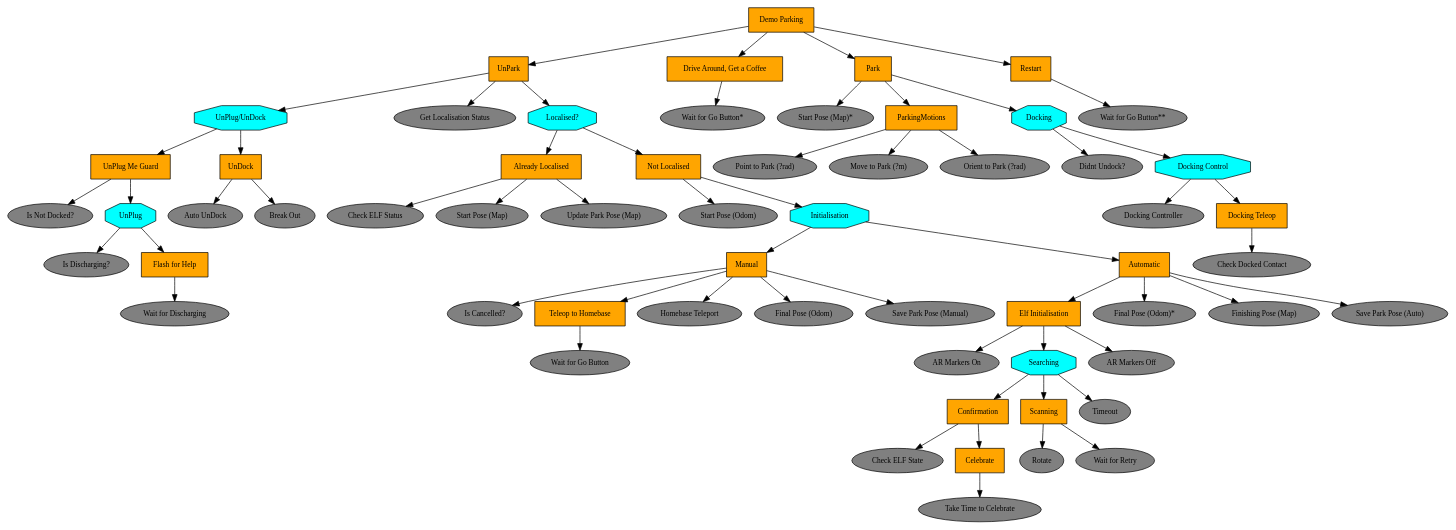
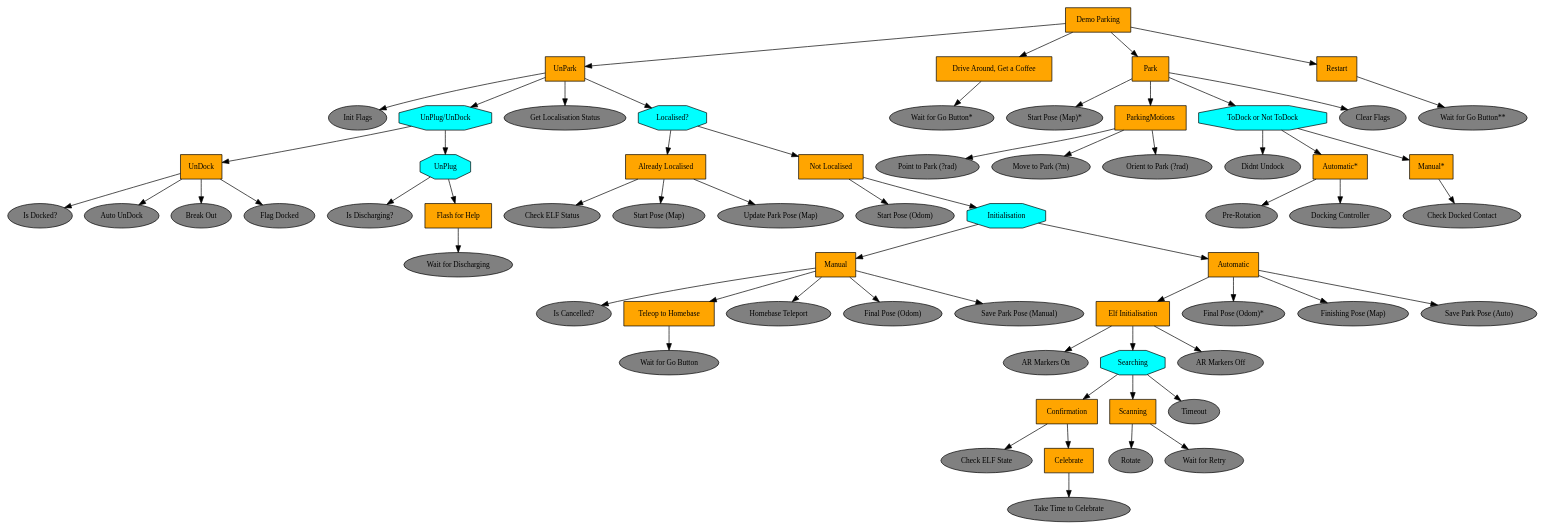
Before and after one commit to splintered-reality/py_trees: the diagram in gopher_behaviours/doc/dot/demo_parking.dot, drawn with Graphviz. The commit also changed 6 other files, not shown here.

```diff
--- a/gopher_behaviours/doc/dot/demo_parking.dot
+++ b/gopher_behaviours/doc/dot/demo_parking.dot
@@ -1,121 +1,127 @@
 digraph demo_parking {
 "Demo Parking" [shape=box, fontsize=11, style=filled, fillcolor=orange];
 UnPark [shape=box, fontsize=11, style=filled, fillcolor=orange];
 "Demo Parking" -> UnPark;
+"Init Flags" [shape=ellipse, fontsize=11, style=filled, fillcolor=gray];
+UnPark -> "Init Flags";
 "UnPlug/UnDock" [shape=octagon, fontsize=11, style=filled, fillcolor=cyan];
 UnPark -> "UnPlug/UnDock";
-"UnPlug Me Guard" [shape=box, fontsize=11, style=filled, fillcolor=orange];
-"UnPlug/UnDock" -> "UnPlug Me Guard";
-"Is Not Docked?" [shape=ellipse, fontsize=11, style=filled, fillcolor=gray];
-"UnPlug Me Guard" -> "Is Not Docked?";
+UnDock [shape=box, fontsize=11, style=filled, fillcolor=orange];
+"UnPlug/UnDock" -> UnDock;
+"Is Docked?" [shape=ellipse, fontsize=11, style=filled, fillcolor=gray];
+UnDock -> "Is Docked?";
+"Auto UnDock" [shape=ellipse, fontsize=11, style=filled, fillcolor=gray];
+UnDock -> "Auto UnDock";
+"Break Out" [shape=ellipse, fontsize=11, style=filled, fillcolor=gray];
+UnDock -> "Break Out";
+"Flag Docked" [shape=ellipse, fontsize=11, style=filled, fillcolor=gray];
+UnDock -> "Flag Docked";
 UnPlug [shape=octagon, fontsize=11, style=filled, fillcolor=cyan];
-"UnPlug Me Guard" -> UnPlug;
+"UnPlug/UnDock" -> UnPlug;
 "Is Discharging?" [shape=ellipse, fontsize=11, style=filled, fillcolor=gray];
 UnPlug -> "Is Discharging?";
 "Flash for Help" [shape=box, fontsize=11, style=filled, fillcolor=orange];
 UnPlug -> "Flash for Help";
 "Wait for Discharging" [shape=ellipse, fontsize=11, style=filled, fillcolor=gray];
 "Flash for Help" -> "Wait for Discharging";
-UnDock [shape=box, fontsize=11, style=filled, fillcolor=orange];
-"UnPlug/UnDock" -> UnDock;
-"Auto UnDock" [shape=ellipse, fontsize=11, style=filled, fillcolor=gray];
-UnDock -> "Auto UnDock";
-"Break Out" [shape=ellipse, fontsize=11, style=filled, fillcolor=gray];
-UnDock -> "Break Out";
 "Get Localisation Status" [shape=ellipse, fontsize=11, style=filled, fillcolor=gray];
 UnPark -> "Get Localisation Status";
 "Localised?" [shape=octagon, fontsize=11, style=filled, fillcolor=cyan];
 UnPark -> "Localised?";
 "Already Localised" [shape=box, fontsize=11, style=filled, fillcolor=orange];
 "Localised?" -> "Already Localised";
 "Check ELF Status" [shape=ellipse, fontsize=11, style=filled, fillcolor=gray];
 "Already Localised" -> "Check ELF Status";
 "Start Pose (Map)" [shape=ellipse, fontsize=11, style=filled, fillcolor=gray];
 "Already Localised" -> "Start Pose (Map)";
 "Update Park Pose (Map)" [shape=ellipse, fontsize=11, style=filled, fillcolor=gray];
 "Already Localised" -> "Update Park Pose (Map)";
 "Not Localised" [shape=box, fontsize=11, style=filled, fillcolor=orange];
 "Localised?" -> "Not Localised";
 "Start Pose (Odom)" [shape=ellipse, fontsize=11, style=filled, fillcolor=gray];
 "Not Localised" -> "Start Pose (Odom)";
 Initialisation [shape=octagon, fontsize=11, style=filled, fillcolor=cyan];
 "Not Localised" -> Initialisation;
 Manual [shape=box, fontsize=11, style=filled, fillcolor=orange];
 Initialisation -> Manual;
 "Is Cancelled?" [shape=ellipse, fontsize=11, style=filled, fillcolor=gray];
 Manual -> "Is Cancelled?";
 "Teleop to Homebase" [shape=box, fontsize=11, style=filled, fillcolor=orange];
 Manual -> "Teleop to Homebase";
 "Wait for Go Button" [shape=ellipse, fontsize=11, style=filled, fillcolor=gray];
 "Teleop to Homebase" -> "Wait for Go Button";
 "Homebase Teleport" [shape=ellipse, fontsize=11, style=filled, fillcolor=gray];
 Manual -> "Homebase Teleport";
 "Final Pose (Odom)" [shape=ellipse, fontsize=11, style=filled, fillcolor=gray];
 Manual -> "Final Pose (Odom)";
 "Save Park Pose (Manual)" [shape=ellipse, fontsize=11, style=filled, fillcolor=gray];
 Manual -> "Save Park Pose (Manual)";
 Automatic [shape=box, fontsize=11, style=filled, fillcolor=orange];
 Initialisation -> Automatic;
 "Elf Initialisation" [shape=box, fontsize=11, style=filled, fillcolor=orange];
 Automatic -> "Elf Initialisation";
 "AR Markers On" [shape=ellipse, fontsize=11, style=filled, fillcolor=gray];
 "Elf Initialisation" -> "AR Markers On";
 Searching [shape=octagon, fontsize=11, style=filled, fillcolor=cyan];
 "Elf Initialisation" -> Searching;
 Confirmation [shape=box, fontsize=11, style=filled, fillcolor=orange];
 Searching -> Confirmation;
 "Check ELF State" [shape=ellipse, fontsize=11, style=filled, fillcolor=gray];
 Confirmation -> "Check ELF State";
 Celebrate [shape=box, fontsize=11, style=filled, fillcolor=orange];
 Confirmation -> Celebrate;
 "Take Time to Celebrate" [shape=ellipse, fontsize=11, style=filled, fillcolor=gray];
 Celebrate -> "Take Time to Celebrate";
 Scanning [shape=box, fontsize=11, style=filled, fillcolor=orange];
 Searching -> Scanning;
 Rotate [shape=ellipse, fontsize=11, style=filled, fillcolor=gray];
 Scanning -> Rotate;
 "Wait for Retry" [shape=ellipse, fontsize=11, style=filled, fillcolor=gray];
 Scanning -> "Wait for Retry";
 Timeout [shape=ellipse, fontsize=11, style=filled, fillcolor=gray];
 Searching -> Timeout;
 "AR Markers Off" [shape=ellipse, fontsize=11, style=filled, fillcolor=gray];
 "Elf Initialisation" -> "AR Markers Off";
 "Final Pose (Odom)*" [shape=ellipse, fontsize=11, style=filled, fillcolor=gray];
 Automatic -> "Final Pose (Odom)*";
 "Finishing Pose (Map)" [shape=ellipse, fontsize=11, style=filled, fillcolor=gray];
 Automatic -> "Finishing Pose (Map)";
 "Save Park Pose (Auto)" [shape=ellipse, fontsize=11, style=filled, fillcolor=gray];
 Automatic -> "Save Park Pose (Auto)";
 "Drive Around, Get a Coffee" [shape=box, fontsize=11, style=filled, fillcolor=orange];
 "Demo Parking" -> "Drive Around, Get a Coffee";
 "Wait for Go Button*" [shape=ellipse, fontsize=11, style=filled, fillcolor=gray];
 "Drive Around, Get a Coffee" -> "Wait for Go Button*";
 Park [shape=box, fontsize=11, style=filled, fillcolor=orange];
 "Demo Parking" -> Park;
 "Start Pose (Map)*" [shape=ellipse, fontsize=11, style=filled, fillcolor=gray];
 Park -> "Start Pose (Map)*";
 ParkingMotions [shape=box, fontsize=11, style=filled, fillcolor=orange];
 Park -> ParkingMotions;
 "Point to Park (?rad)" [shape=ellipse, fontsize=11, style=filled, fillcolor=gray];
 ParkingMotions -> "Point to Park (?rad)";
 "Move to Park (?m)" [shape=ellipse, fontsize=11, style=filled, fillcolor=gray];
 ParkingMotions -> "Move to Park (?m)";
 "Orient to Park (?rad)" [shape=ellipse, fontsize=11, style=filled, fillcolor=gray];
 ParkingMotions -> "Orient to Park (?rad)";
-Docking [shape=octagon, fontsize=11, style=filled, fillcolor=cyan];
-Park -> Docking;
-"Didnt Undock?" [shape=ellipse, fontsize=11, style=filled, fillcolor=gray];
-Docking -> "Didnt Undock?";
-"Docking Control" [shape=octagon, fontsize=11, style=filled, fillcolor=cyan];
-Docking -> "Docking Control";
+"ToDock or Not ToDock" [shape=octagon, fontsize=11, style=filled, fillcolor=cyan];
+Park -> "ToDock or Not ToDock";
+"Didnt Undock" [shape=ellipse, fontsize=11, style=filled, fillcolor=gray];
+"ToDock or Not ToDock" -> "Didnt Undock";
+"Automatic*" [shape=box, fontsize=11, style=filled, fillcolor=orange];
+"ToDock or Not ToDock" -> "Automatic*";
+"Pre-Rotation" [shape=ellipse, fontsize=11, style=filled, fillcolor=gray];
+"Automatic*" -> "Pre-Rotation";
 "Docking Controller" [shape=ellipse, fontsize=11, style=filled, fillcolor=gray];
-"Docking Control" -> "Docking Controller";
-"Docking Teleop" [shape=box, fontsize=11, style=filled, fillcolor=orange];
-"Docking Control" -> "Docking Teleop";
+"Automatic*" -> "Docking Controller";
+"Manual*" [shape=box, fontsize=11, style=filled, fillcolor=orange];
+"ToDock or Not ToDock" -> "Manual*";
 "Check Docked Contact" [shape=ellipse, fontsize=11, style=filled, fillcolor=gray];
-"Docking Teleop" -> "Check Docked Contact";
+"Manual*" -> "Check Docked Contact";
+"Clear Flags" [shape=ellipse, fontsize=11, style=filled, fillcolor=gray];
+Park -> "Clear Flags";
 Restart [shape=box, fontsize=11, style=filled, fillcolor=orange];
 "Demo Parking" -> Restart;
 "Wait for Go Button**" [shape=ellipse, fontsize=11, style=filled, fillcolor=gray];
 Restart -> "Wait for Go Button**";
 }
```
